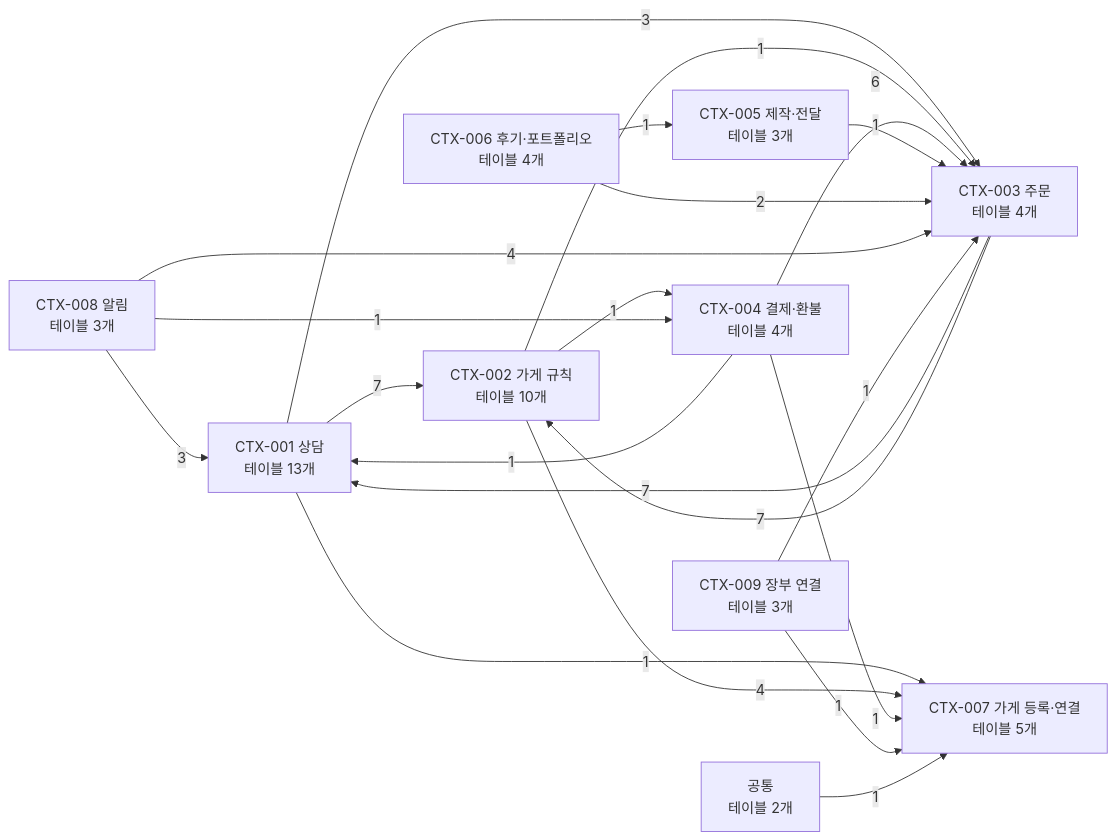
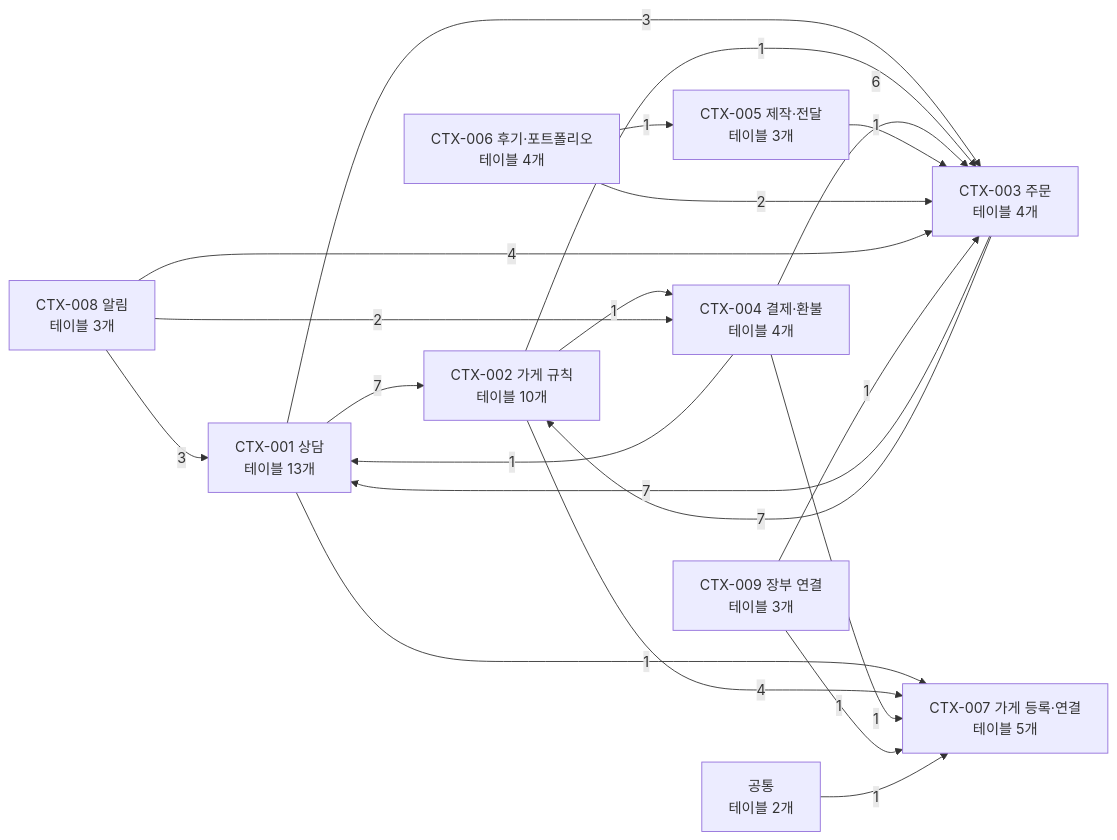
The first of 11 diagrams in docs/05-erd/README.md (kodonghui/siljang.ai), drawn with Mermaid before and after one commit. The commit also changed other lines of this file and 35 other files, not shown here.

````diff
--- a/docs/05-erd/README.md
+++ b/docs/05-erd/README.md
@@ -118,33 +120,33 @@
 ```mermaid
 flowchart LR
   C0["CTX-001 상담<br/>테이블 13개"]
   C1["CTX-002 가게 규칙<br/>테이블 10개"]
   C2["CTX-003 주문<br/>테이블 4개"]
   C3["CTX-004 결제·환불<br/>테이블 4개"]
   C4["CTX-005 제작·전달<br/>테이블 3개"]
   C5["CTX-006 후기·포트폴리오<br/>테이블 4개"]
   C6["CTX-007 가게 등록·연결<br/>테이블 5개"]
   C7["CTX-008 알림<br/>테이블 3개"]
   C8["CTX-009 장부 연결<br/>테이블 3개"]
   C9["공통<br/>테이블 2개"]
   C0 -->|7| C1
   C0 -->|3| C2
   C0 -->|1| C6
   C1 -->|1| C2
   C1 -->|1| C3
   C1 -->|4| C6
   C2 -->|7| C0
   C2 -->|7| C1
   C3 -->|1| C0
   C3 -->|6| C2
   C3 -->|1| C6
   C4 -->|1| C2
   C5 -->|2| C2
   C5 -->|1| C4
   C7 -->|3| C0
   C7 -->|4| C2
-  C7 -->|1| C3
+  C7 -->|2| C3
   C8 -->|1| C2
   C8 -->|1| C6
   C9 -->|1| C6
 ```
````
